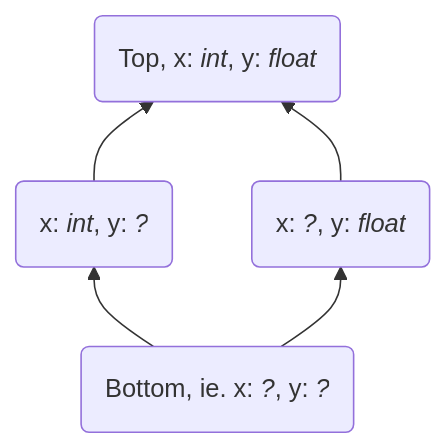
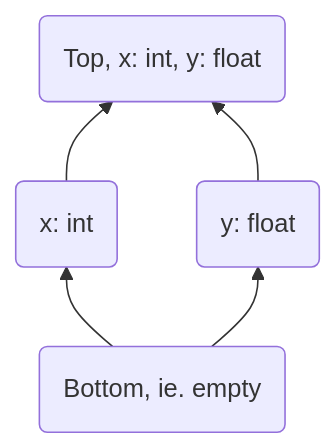
Before and after one commit to faster-cpython/ideas: the first of 2 diagrams in 3.13/redundancy_eliminator.md, drawn with Mermaid.

Commit message:
clean up lattice

````diff
--- a/3.13/redundancy_eliminator.md
+++ b/3.13/redundancy_eliminator.md
@@ -48,8 +48,8 @@
 ```mermaid
 flowchart BT
-    A("`Bottom, ie. x: *?*, y: *?*`") --> B("`x: *int*, y: *?*`")
-    A --> C("`x: *?*, y: *float*`")
-    B --> D("`Top, x: *int*, y: *float*`")
+    A(Bottom, ie. empty) --> B(x: int)
+    A --> C(y: float)
+    B --> D(Top, x: int, y: float)
     C --> D
   
 ```
````
